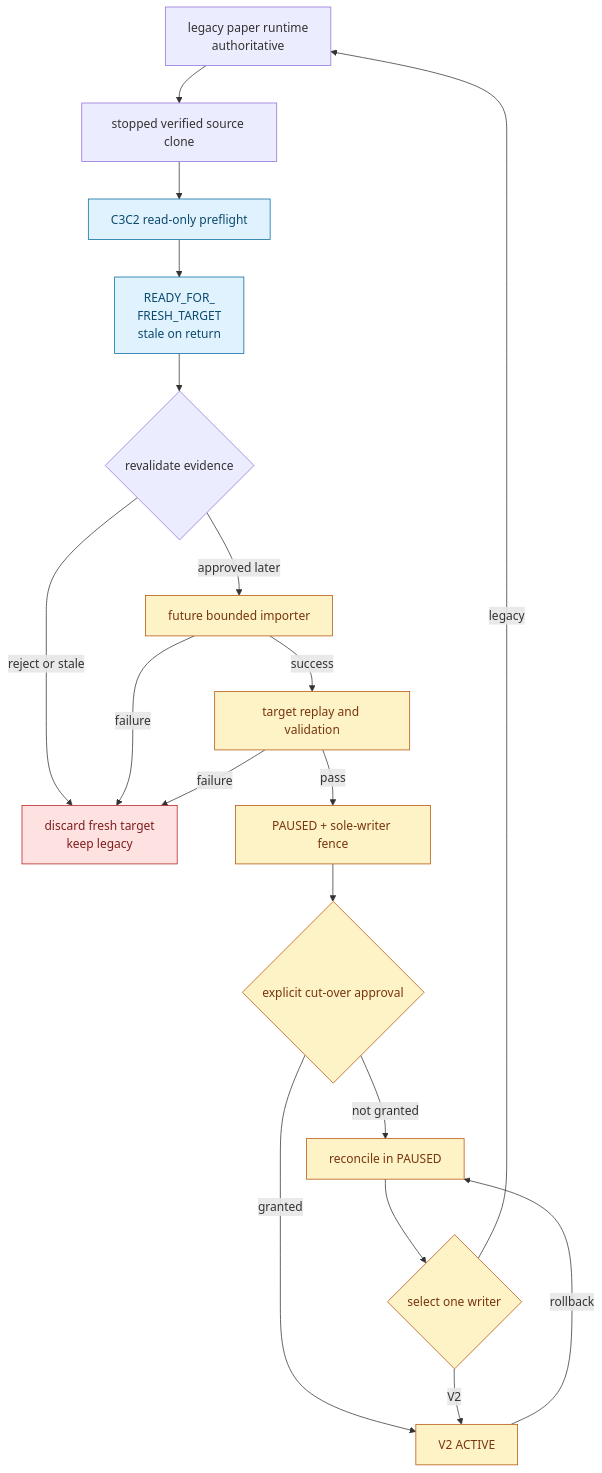
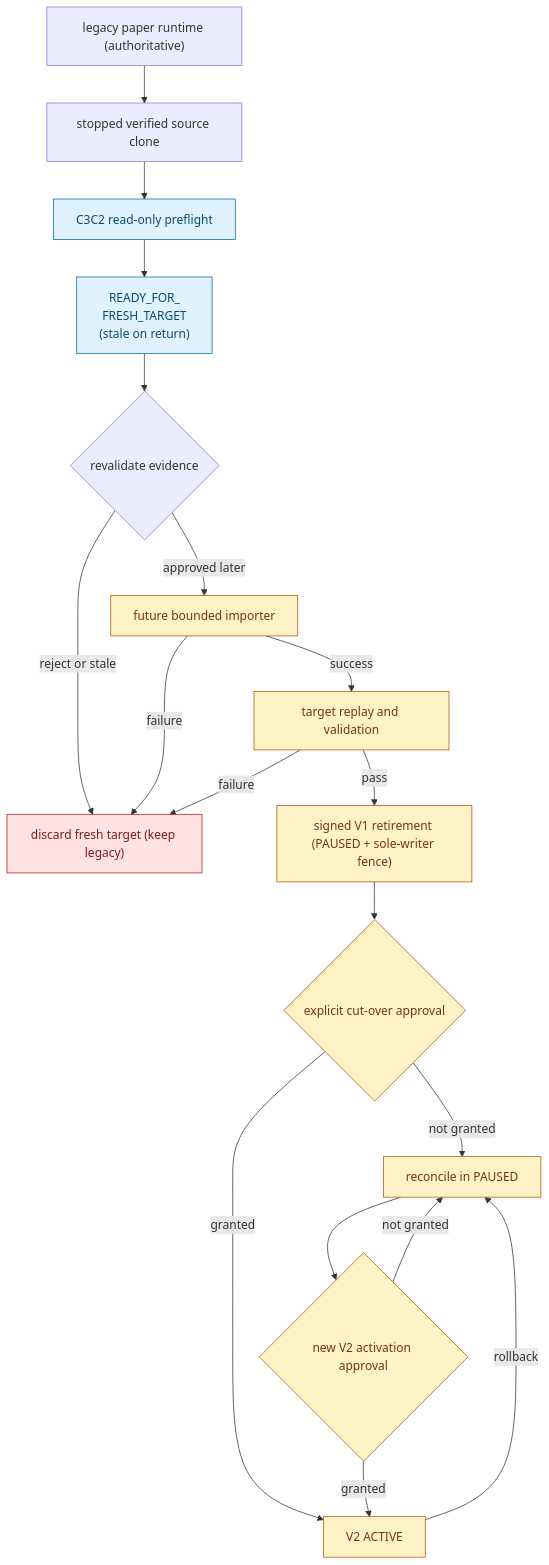
One commit to cluster2600/ELVIS changed the second of 2 diagrams in docs/V2_FRESH_TARGET_CUTOVER.md. Above: the diagram before and after it, drawn with Mermaid. The commit also changed other lines of this file and 26 other files, not shown here.

````diff
--- a/docs/V2_FRESH_TARGET_CUTOVER.md
+++ b/docs/V2_FRESH_TARGET_CUTOVER.md
@@ -375,27 +390,29 @@
 ```mermaid
 flowchart TD
-    LEGACY["legacy paper runtime<br/>authoritative"] --> CLONE["stopped verified source clone"]
+    LEGACY["legacy paper runtime (authoritative)"] --> CLONE["stopped verified source clone"]
     CLONE --> PREF["C3C2 read-only preflight"]
-    PREF --> RECEIPT["READY_FOR_<br/>FRESH_TARGET<br/>stale on return"]
+    PREF --> RECEIPT["READY_FOR_
+FRESH_TARGET
+(stale on return)"]
     RECEIPT --> REVIEW{"revalidate evidence"}
-    REVIEW -->|"reject or stale"| EARLY["discard fresh target<br/>keep legacy"]
+    REVIEW -->|"reject or stale"| EARLY["discard fresh target (keep legacy)"]
     REVIEW -->|"approved later"| IMPORT["future bounded importer"]
     IMPORT -->|"failure"| EARLY
     IMPORT -->|"success"| VALIDATE["target replay and validation"]
     VALIDATE -->|"failure"| EARLY
-    VALIDATE -->|"pass"| PAUSE["PAUSED + sole-writer fence"]
+    VALIDATE -->|"pass"| PAUSE["signed V1 retirement (PAUSED + sole-writer fence)"]
     PAUSE --> APPROVE{"explicit cut-over approval"}
     APPROVE -->|"not granted"| RECOVER["reconcile in PAUSED"]
     APPROVE -->|"granted"| ACTIVE["V2 ACTIVE"]
     ACTIVE -->|"rollback"| RECOVER
-    RECOVER --> SELECT{"select one writer"}
-    SELECT -->|"legacy"| LEGACY
-    SELECT -->|"V2"| ACTIVE
+    RECOVER --> REAPPROVE{"new V2 activation approval"}
+    REAPPROVE -->|"not granted"| RECOVER
+    REAPPROVE -->|"granted"| ACTIVE
 
     classDef current fill:#e0f2fe,stroke:#0369a1,color:#0c4a6e;
     classDef future fill:#fef3c7,stroke:#b45309,color:#78350f;
     classDef stop fill:#fee2e2,stroke:#b91c1c,color:#7f1d1d;
     class PREF,RECEIPT current;
-    class IMPORT,VALIDATE,PAUSE,APPROVE,ACTIVE,RECOVER,SELECT future;
+    class IMPORT,VALIDATE,PAUSE,APPROVE,ACTIVE,RECOVER,REAPPROVE future;
     class EARLY stop;
 ```
````
